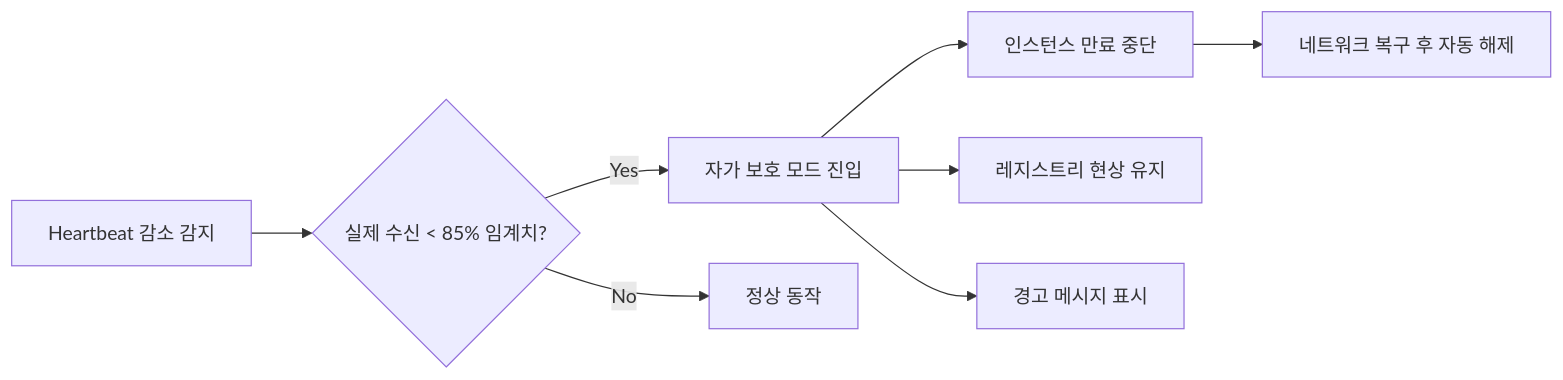
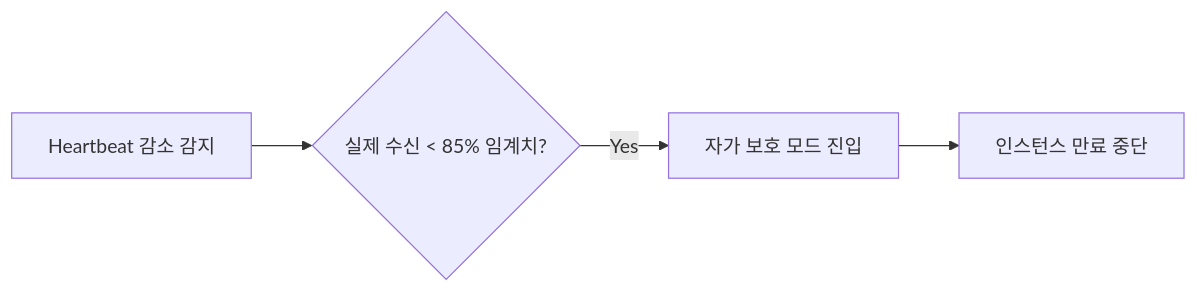
Before and after one commit to yjkim2015/yjkim2015.github.io: the third of 4 diagrams in _posts/spring/2026-05-01-spring-eureka.md, drawn with Mermaid. The commit also changed 132 other files, not shown here.

First line of the commit message:
Mermaid 다이어그램 가독성 정리: 단순 제거, 노드 축소, TD→LR 변환

````diff
--- a/_posts/spring/2026-05-01-spring-eureka.md
+++ b/_posts/spring/2026-05-01-spring-eureka.md
@@ -163,10 +163,6 @@
 ```mermaid
 graph LR
     A["Heartbeat 감소 감지"] --> B{"실제 수신 < 85% 임계치?"}
     B -->|"Yes"| C["자가 보호 모드 진입"]
-    B -->|"No"| D["정상 동작"]
     C --> E["인스턴스 만료 중단"]
-    C --> F["레지스트리 현상 유지"]
-    C --> G["경고 메시지 표시"]
-    E --> H["네트워크 복구 후 자동 해제"]
 ```
````
